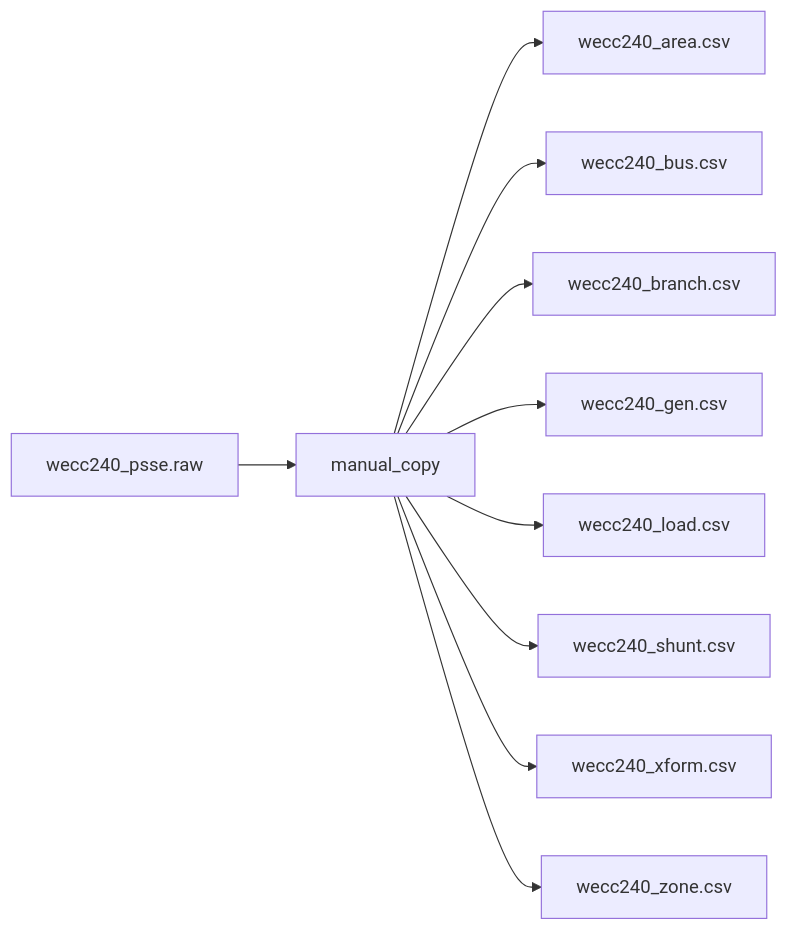
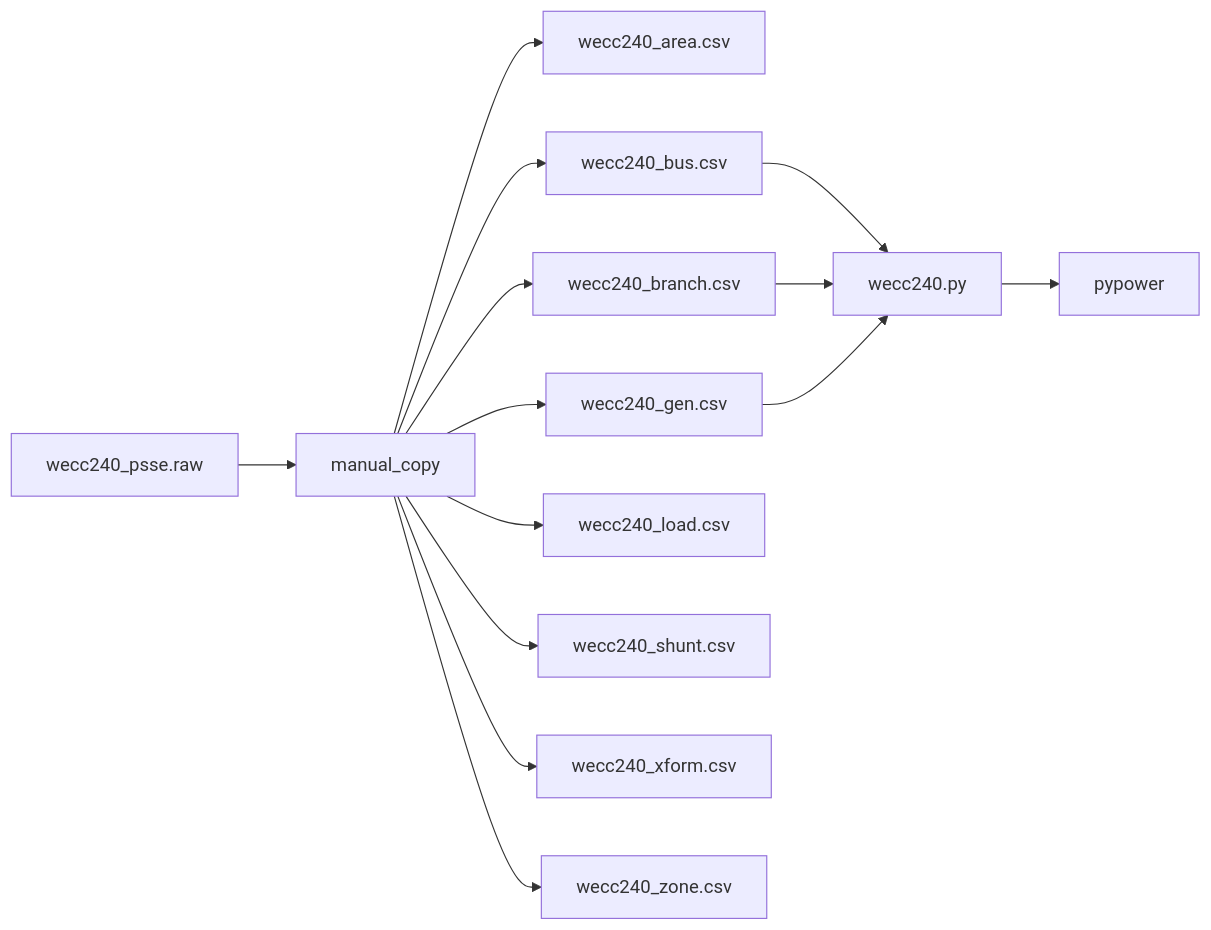
Before and after one commit to slacgismo/regrow: the diagram in pypower/README.md, drawn with Mermaid.

````diff
--- a/pypower/README.md
+++ b/pypower/README.md
@@ -1,12 +1,19 @@
 ```mermaid
 flowchart LR
     wecc240_psse.raw --> manual_copy
+
     manual_copy --> wecc240_area.csv
     manual_copy --> wecc240_bus.csv
     manual_copy --> wecc240_branch.csv
     manual_copy --> wecc240_gen.csv
     manual_copy --> wecc240_load.csv
     manual_copy --> wecc240_shunt.csv
     manual_copy --> wecc240_xform.csv
     manual_copy --> wecc240_zone.csv
+
+    wecc240_bus.csv --> wecc240.py
+    wecc240_branch.csv --> wecc240.py
+    wecc240_gen.csv --> wecc240.py
+
+    wecc240.py --> pypower
 ```
````
